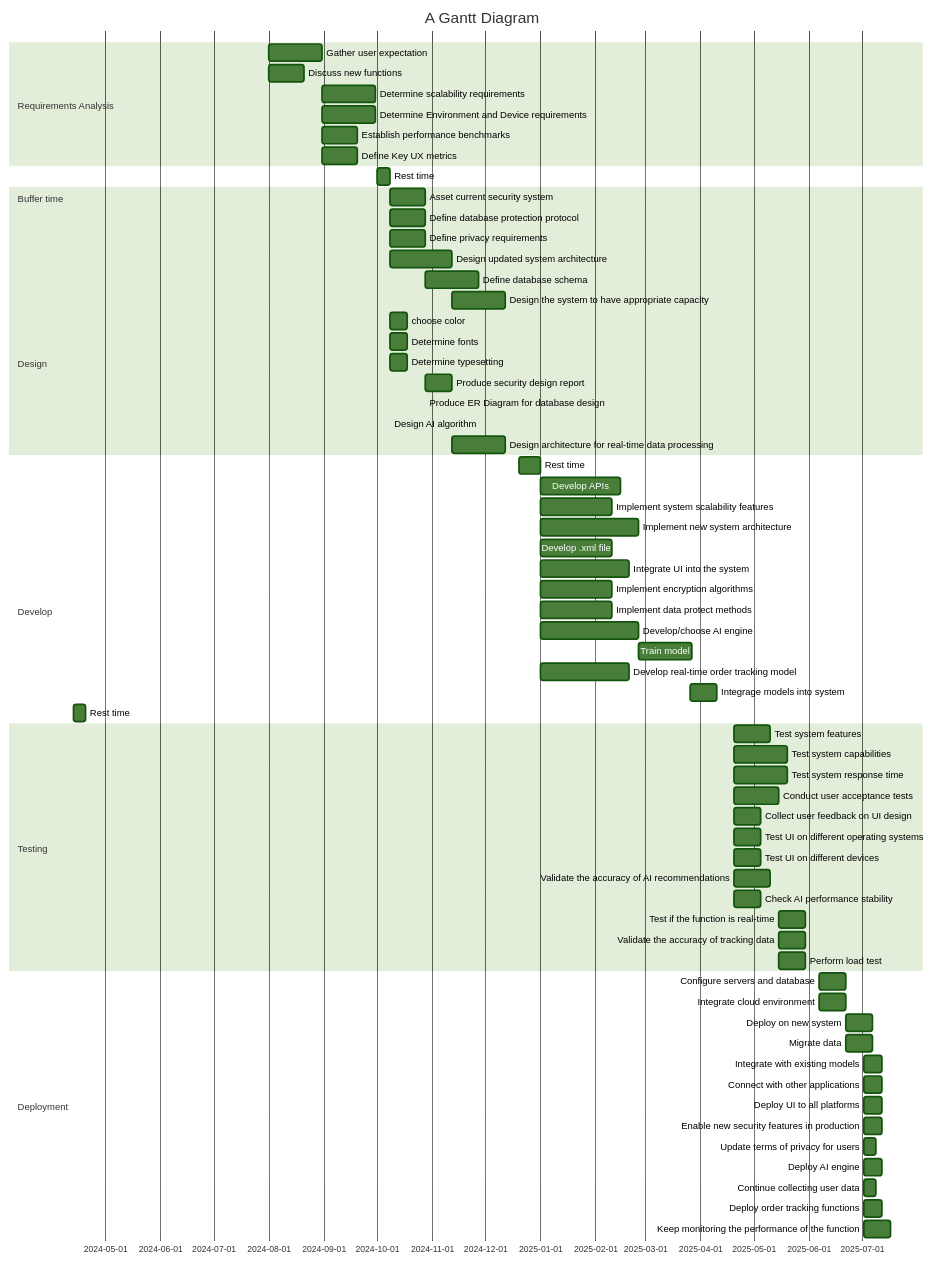
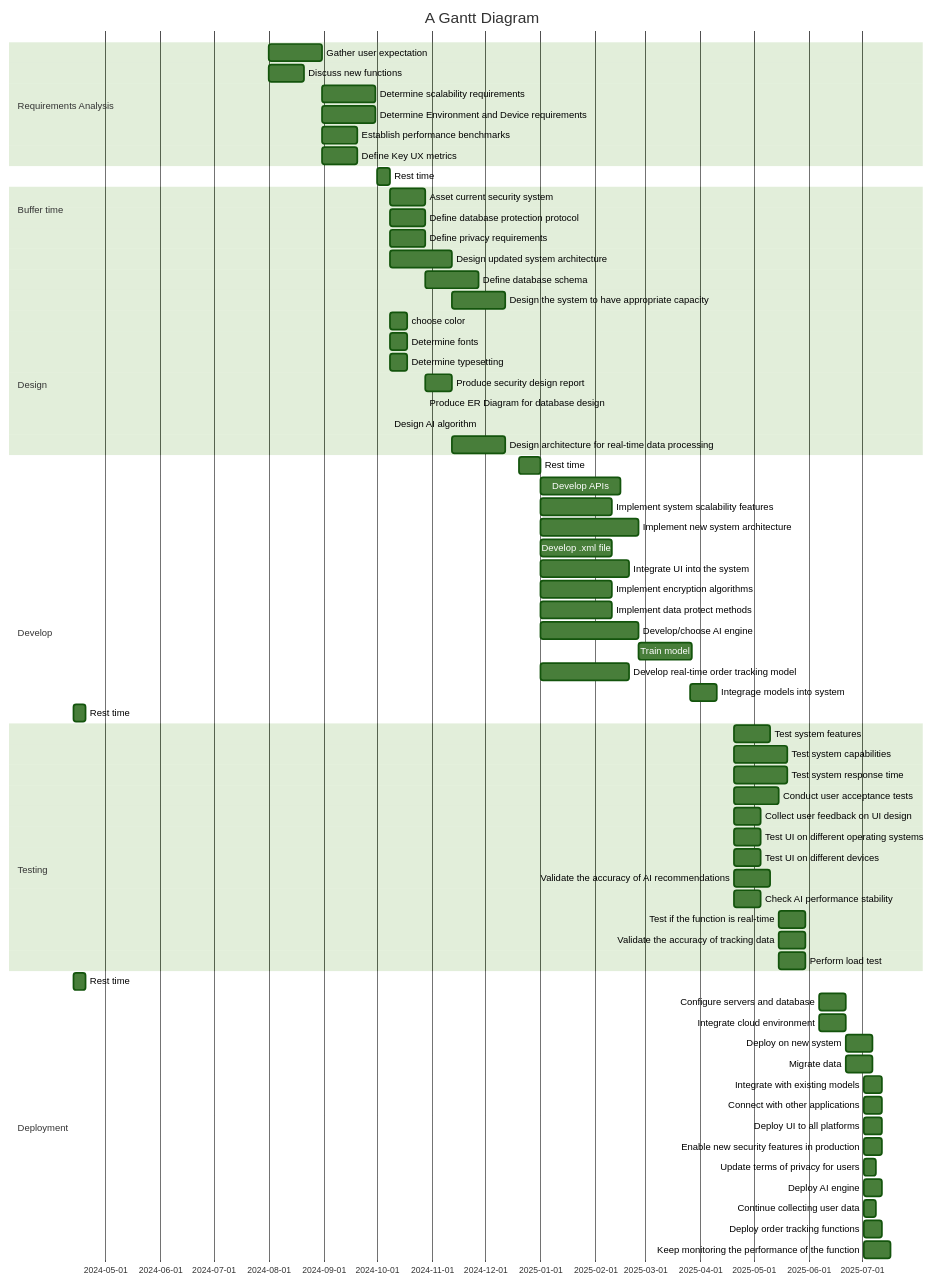
Before and after one commit to sayshelley/iodraw-files: the diagram in all/Untitled-5.md, drawn with Mermaid (forest theme).

Commit message:
2024-10-11 18:49:02 update

````diff
--- a/all/Untitled-5.md
+++ b/all/Untitled-5.md
@@ -1,79 +1,81 @@
 ```mermaid
 gantt
     title A Gantt Diagram
     dateFormat  YYYY-MM-DD
     section Requirements Analysis
         Gather user expectation: a4, 2024-08-01, 30d
         Discuss new functions: a6, 2024-08-01, 20d
         Determine scalability requirements: a1, after a4, 30d
         Determine Environment and Device requirements: a2, after a4, 30d
         Establish performance benchmarks: a3, after a4, 20d
         Define Key UX metrics: a5, after a4, 20d
     section Buffer time
         Rest time: 2024-10-01, 7d
         
     section Design
         Asset current security system: b1, 2024-10-08, 20d
         Define database protection protocol: b2, 2024-10-08, 20d
         Define privacy requirements: b3, 2024-10-08, 20d
         Design updated system architecture: b4, 2024-10-08, 35d
         Define database schema: b5, after b2, 30d
         Design the system to have appropriate capacity: b6, after b4, 30d
         choose color: b7, 2024-10-08, 10d
         Determine fonts: b8, 2024-10-08, 10d
         Determine typesetting: b9, 2024-10-08, 10d
         Produce security design report: b10, 2024-10-28 ,15d
         Produce ER Diagram for database design: b11, 2024-10-28, 15
         Design AI algorithm: b12, 2024-10-08, 35
         Design architecture for real-time data processing: b13, 2024-11-12,30d
     section Buffer time
         Rest time: 2024-12-20, 12d
     section Develop
         Develop APIs: c1, 2025-01-01, 45d
         Implement system scalability features: c2, 2025-01-01, 40d
         Implement new system architecture: c3, 2025-01-01, 55d
         Develop .xml file: c4, 2025-01-01, 40d
         Integrate UI into the system: c5, 2025-01-01, 50d
         Implement encryption algorithms:c6, 2025-01-01, 40d
         Implement data protect methods: c7, 2025-01-01, 40d
         Develop/choose AI engine: c8, 2025-01-01, 55d
         Train model: c9, 2025-02-25, 30d
         Develop real-time order tracking model: c10, 2025-01-01, 50d
         Integrage models into system: c11, 2025-03-26, 15d
     section Buffer time
         Rest time: 2024-04-13, 7d
     section Testing
         Test system features: d1, 2025-04-20, 20d
         Test system capabilities: d2, 2025-04-20, 30d
         Test system response time: d3, 2025-04-20, 30d
         Conduct user acceptance tests: d4, 2025-04-20, 25d
         Collect user feedback on UI design: d5, 2025-04-20, 15d
         Test UI on different operating systems: d6, 2025-04-20, 15d
         Test UI on different devices: d7, 2025-04-20, 15d
         Validate the accuracy of AI recommendations: d8, 2025-04-20, 20d
         Check AI performance stability: d9, 2025-04-20, 15d
         Test if the function is real-time: d10, 2025-05-15, 15d
         Validate the accuracy of tracking data: d11, 2025-05-15, 15d
         Perform load test: d12, 2025-05-15, 15d
+    section Buffer time
+        Rest time: 2024-04-13, 7d
     section Deployment
         Configure servers and database: e1, 2025-06-07, 15d
         Integrate cloud environment: e2, 2025-06-07, 15d
         Deploy on new system: e3, 2025-06-22, 15d
         Migrate data: e4, 2025-06-22, 15d
         Integrate with existing models: e5, 2025-07-02, 10d
         Connect with other applications: e6, 2025-07-02,10d
         Deploy UI to all platforms: e7, 2025-07-02, 10d
         Enable new security features in production: e8, 2025-07-02, 10d
         Update terms of privacy for users: e9, 2025-07-02, 7d
         Deploy AI engine: e10, 2025-07-02,10d
         Continue collecting user data: e11, 2025-07-02, 7d
         Deploy order tracking functions: e12, 2025-07-02, 10d
         Keep monitoring the performance of the function: e13, 2025-07-02, 15d
     
         
 
     
 
 
    
 ```
````
